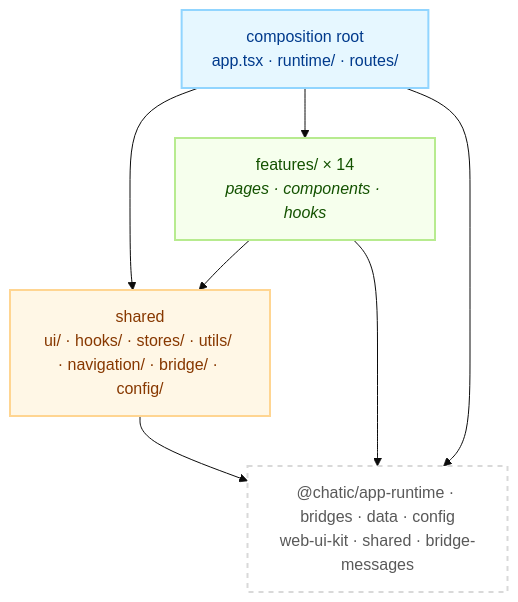
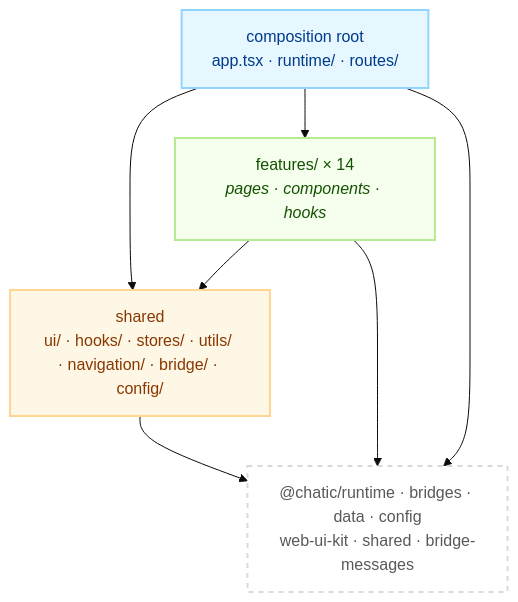
Before and after one commit to lemoncloud-io/dou-app: the diagram in apps/web/docs/README.md, drawn with Mermaid (base theme). The commit also changed other lines of this file and 623 other files, not shown here.

First line of the commit message:
refactor(web,desktop-web,admin,landing): import the runtime as @chatic/runtime, not app-runtime

````diff
--- a/apps/web/docs/README.md
+++ b/apps/web/docs/README.md
@@ -41,19 +41,19 @@
 ```mermaid
 flowchart TD
     classDef root fill:#e6f7ff,stroke:#91d5ff,stroke-width:2px,color:#003a8c;
     classDef feat fill:#f6ffed,stroke:#b7eb8f,stroke-width:2px,color:#135200;
     classDef shared fill:#fff7e6,stroke:#ffd591,stroke-width:2px,color:#873800;
     classDef ext fill:#ffffff,stroke:#d9d9d9,stroke-width:2px,color:#595959,stroke-dasharray: 5 5;
 
     Root["composition root<br/>app.tsx · runtime/ · routes/"]:::root
     Feat["features/ × 14<br/><i>pages · components · hooks</i>"]:::feat
     Shared["shared<br/>ui/ · hooks/ · stores/ · utils/ · navigation/ · bridge/ · config/"]:::shared
-    Libs["@chatic/app-runtime · bridges · data · config<br/>web-ui-kit · shared · bridge-messages"]:::ext
+    Libs["@chatic/runtime · bridges · data · config<br/>web-ui-kit · shared · bridge-messages"]:::ext
 
     Root --> Feat
     Root --> Shared
     Feat --> Shared
     Shared --> Libs
     Feat --> Libs
     Root --> Libs
 ```
````
